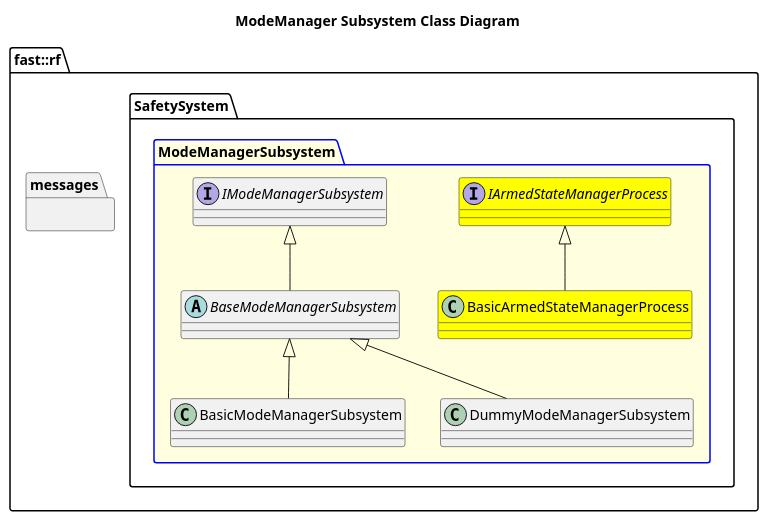
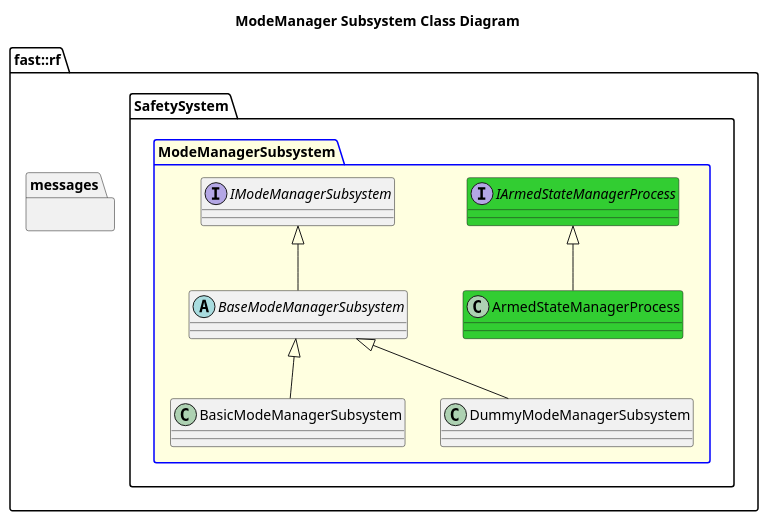
Before and after one commit to fastrobotics/robot_framework: the diagram in Systems/Safety/Subsystems/ModeManager/doc/puml/ModeManagerSubsystemClassDiagram.puml, drawn with PlantUML. The commit also changed 8 other files, not shown here.

```diff
--- a/Systems/Safety/Subsystems/ModeManager/doc/puml/ModeManagerSubsystemClassDiagram.puml
+++ b/Systems/Safety/Subsystems/ModeManager/doc/puml/ModeManagerSubsystemClassDiagram.puml
@@ -1,30 +1,30 @@
 @startuml
 title ModeManager Subsystem Class Diagram
 namespace fast::rf {
   namespace messages {
   }
   namespace SafetySystem {
     package ModeManagerSubsystem #LightYellow;line:blue {
       interface IModeManagerSubsystem {
 
       }
       abstract BaseModeManagerSubsystem {
 
       }
       BaseModeManagerSubsystem -up-|> IModeManagerSubsystem
       class BasicModeManagerSubsystem {
       }
       BasicModeManagerSubsystem -up-|> BaseModeManagerSubsystem
       class DummyModeManagerSubsystem {
       }
       DummyModeManagerSubsystem -up-|> BaseModeManagerSubsystem
-      interface IArmedStateManagerProcess #Yellow {
+      interface IArmedStateManagerProcess #LimeGreen {
 
       }
-      class BasicArmedStateManagerProcess #Yellow {
+      class ArmedStateManagerProcess #LimeGreen {
       }
-      BasicArmedStateManagerProcess -up-|> IArmedStateManagerProcess
+      ArmedStateManagerProcess -up-|> IArmedStateManagerProcess
     }
   }
 }
 @enduml
```
